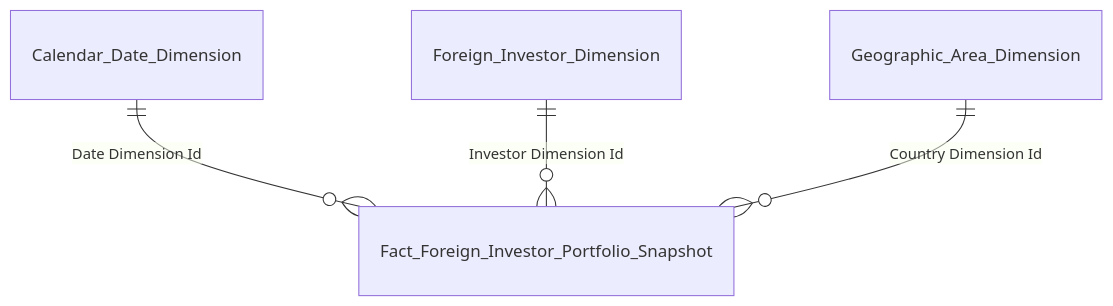
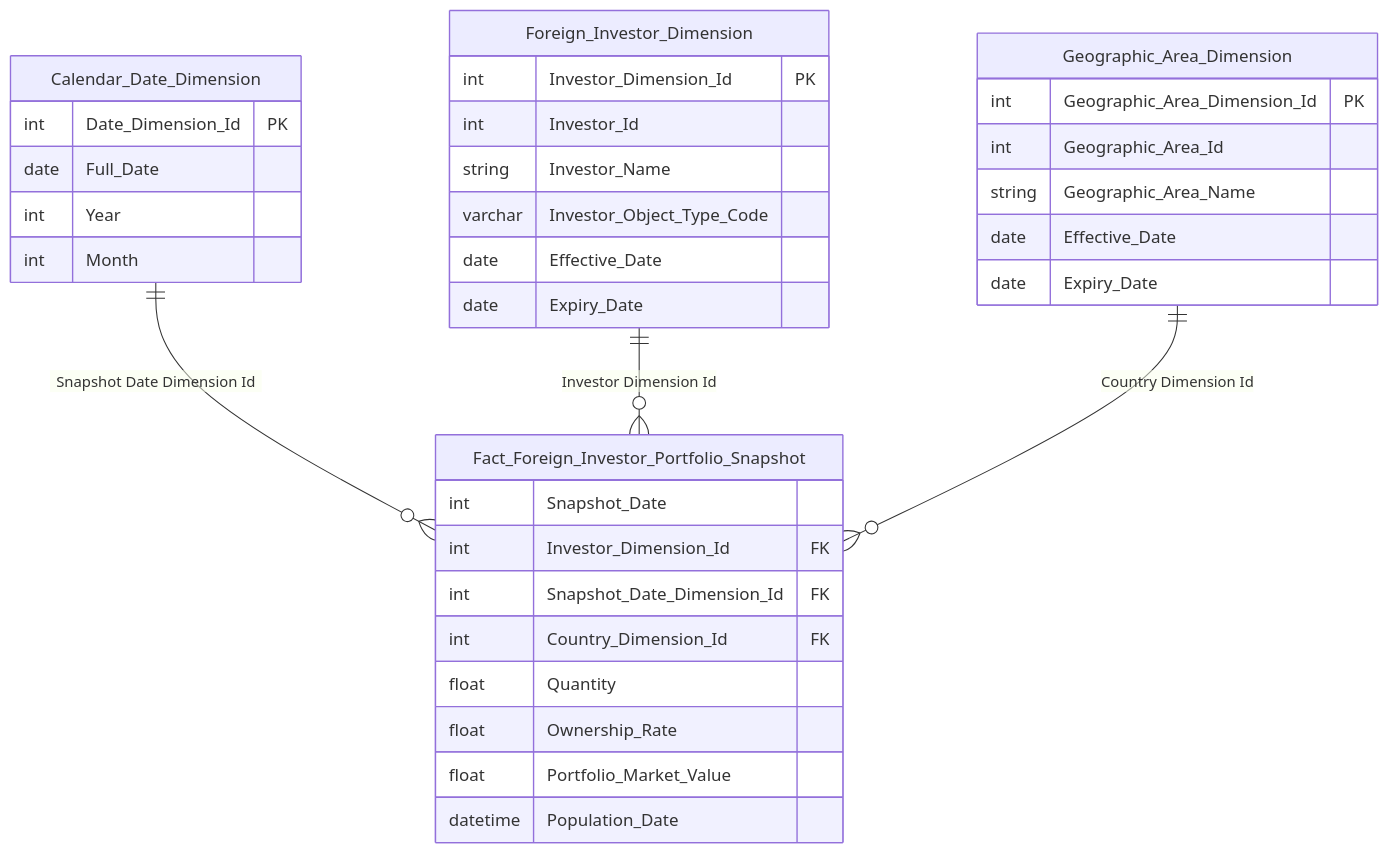
One commit to linhlvit/ubck_atomic_design changed diagram 13 of 28 in Gold/hld/GOLD_NDTNN_HLD.md. Above: the diagram before and after it, drawn with Mermaid. The commit also changed other lines of this file and 12 other files, not shown here.

````diff
--- a/Gold/hld/GOLD_NDTNN_HLD.md
+++ b/Gold/hld/GOLD_NDTNN_HLD.md
@@ -410,6 +715,38 @@
 ```mermaid
 erDiagram
-    Calendar_Date_Dimension ||--o{ Fact_Foreign_Investor_Portfolio_Snapshot : "Date Dimension Id"
+    Calendar_Date_Dimension {
+        int Date_Dimension_Id PK
+        date Full_Date
+        int Year
+        int Month
+    }
+    Foreign_Investor_Dimension {
+        int Investor_Dimension_Id PK
+        int Investor_Id
+        string Investor_Name
+        varchar Investor_Object_Type_Code
+        date Effective_Date
+        date Expiry_Date
+    }
+    Geographic_Area_Dimension {
+        int Geographic_Area_Dimension_Id PK
+        int Geographic_Area_Id
+        string Geographic_Area_Name
+        date Effective_Date
+        date Expiry_Date
+    }
+    Fact_Foreign_Investor_Portfolio_Snapshot {
+        int Snapshot_Date
+        int Investor_Dimension_Id FK
+        int Snapshot_Date_Dimension_Id FK
+        int Country_Dimension_Id FK
+        float Quantity
+        float Ownership_Rate
+        float Portfolio_Market_Value
+        datetime Population_Date
+    }
+
+    Calendar_Date_Dimension ||--o{ Fact_Foreign_Investor_Portfolio_Snapshot : "Snapshot Date Dimension Id"
     Foreign_Investor_Dimension ||--o{ Fact_Foreign_Investor_Portfolio_Snapshot : "Investor Dimension Id"
     Geographic_Area_Dimension ||--o{ Fact_Foreign_Investor_Portfolio_Snapshot : "Country Dimension Id"
 ```
````
